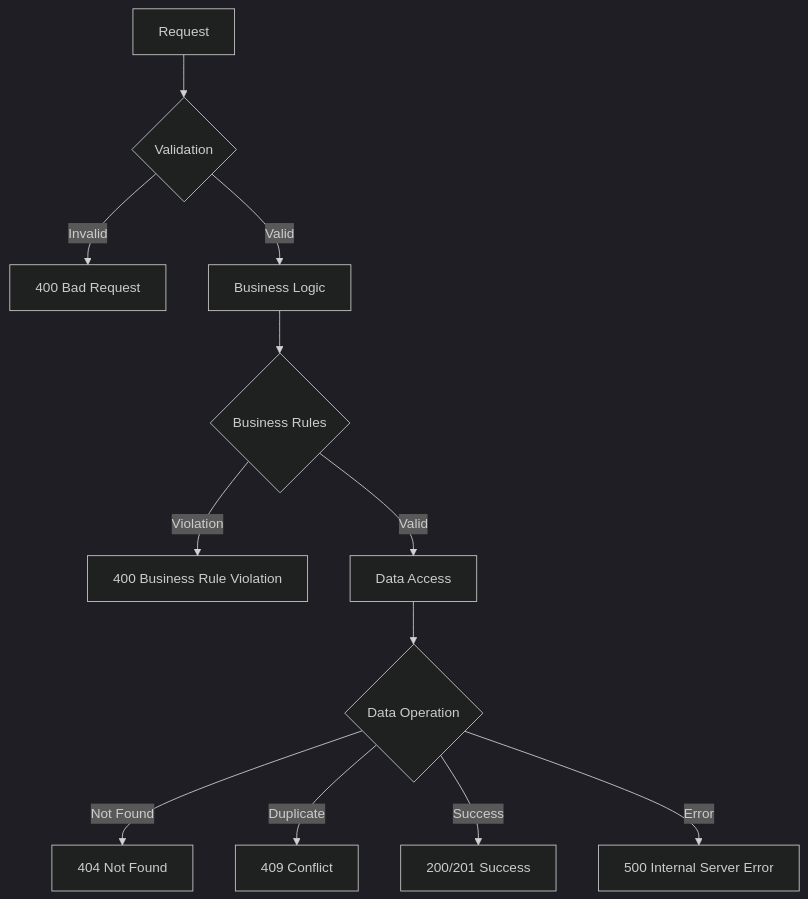
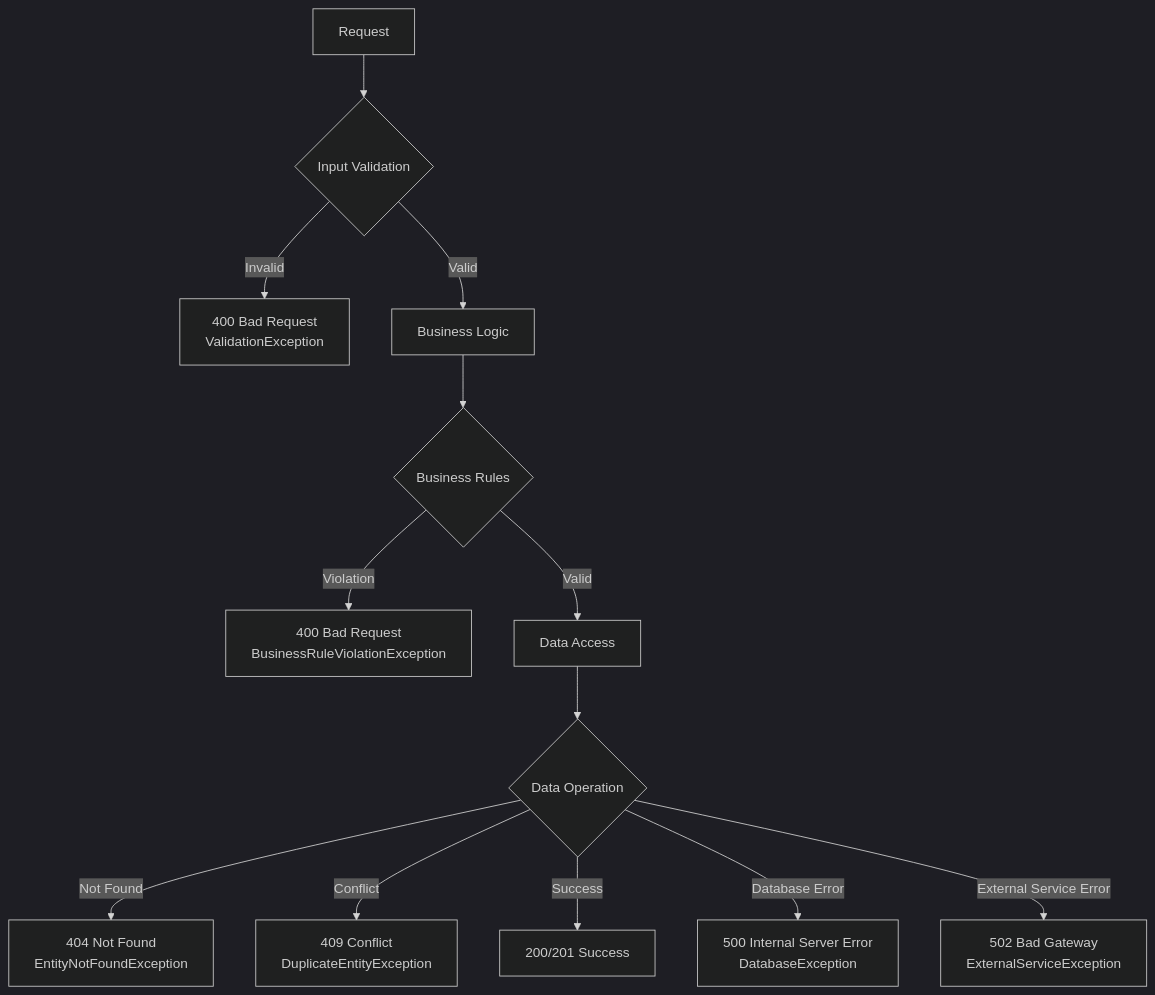
One commit to nirmand/Wisgenix-AI changed diagram 13 of 13 in docs/low-level-design.md. Above: the diagram before and after it, drawn with Mermaid (dark theme). The commit also changed other lines of this file and 3 other files, not shown here.

````diff
--- a/docs/low-level-design.md
+++ b/docs/low-level-design.md
@@ -260,14 +438,15 @@
 ```mermaid
 flowchart TD
-    A[Request] --> B{Validation}
-    B -->|Invalid| C[400 Bad Request]
+    A[Request] --> B{Input Validation}
+    B -->|Invalid| C[400 Bad Request<br/>ValidationException]
     B -->|Valid| D[Business Logic]
     D --> E{Business Rules}
-    E -->|Violation| F[400 Business Rule Violation]
+    E -->|Violation| F[400 Bad Request<br/>BusinessRuleViolationException]
     E -->|Valid| G[Data Access]
     G --> H{Data Operation}
-    H -->|Not Found| I[404 Not Found]
-    H -->|Duplicate| J[409 Conflict]
+    H -->|Not Found| I[404 Not Found<br/>EntityNotFoundException]
+    H -->|Conflict| J[409 Conflict<br/>DuplicateEntityException]
     H -->|Success| K[200/201 Success]
-    H -->|Error| L[500 Internal Server Error]
+    H -->|Database Error| L[500 Internal Server Error<br/>DatabaseException]
+    H -->|External Service Error| M[502 Bad Gateway<br/>ExternalServiceException]
 ```
````
